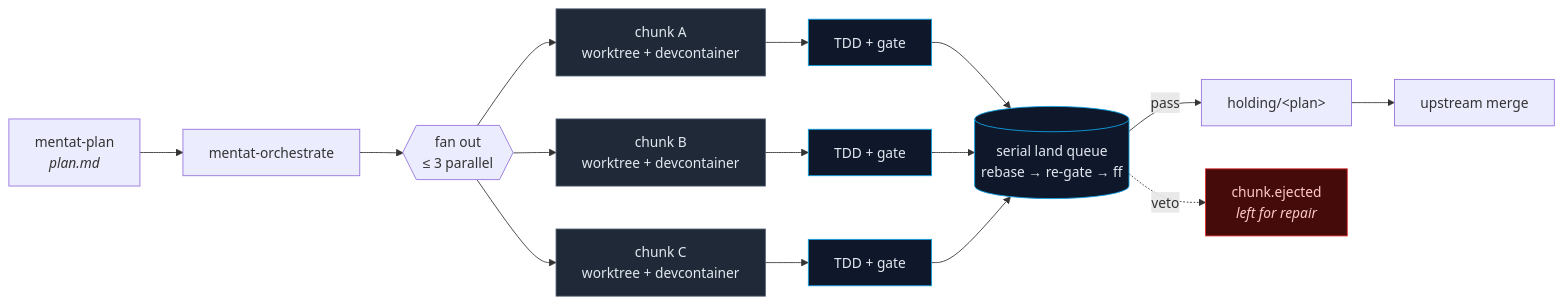
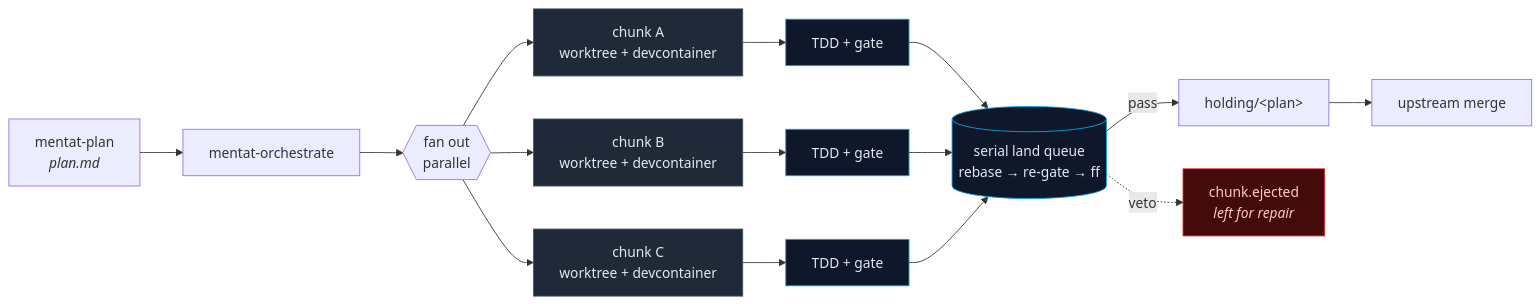
Before and after one commit to matheushenriquefs/mentat: the diagram in README.md, drawn with Mermaid. The commit also changed other lines of this file and 18 other files, not shown here.

````diff
--- a/README.md
+++ b/README.md
@@ -31,24 +31,24 @@
 ```mermaid
 flowchart LR
     P["mentat-plan<br/><i>plan.md</i>"] --> O["mentat-orchestrate"]
-    O --> F{{"fan out<br/>≤ 3 parallel"}}
+    O --> F{{"fan out<br/>parallel"}}
     F --> C1["chunk A<br/>worktree + devcontainer"]
     F --> C2["chunk B<br/>worktree + devcontainer"]
     F --> C3["chunk C<br/>worktree + devcontainer"]
     C1 --> G1["TDD + gate"]
     C2 --> G2["TDD + gate"]
     C3 --> G3["TDD + gate"]
     G1 --> Q[("serial land queue<br/>rebase → re-gate → ff")]
     G2 --> Q
     G3 --> Q
     Q -->|pass| H["holding/&lt;plan&gt;"]
     Q -.->|veto| E["chunk.ejected<br/><i>left for repair</i>"]
     H --> M["upstream merge"]
 
     classDef chunk fill:#1f2937,stroke:#475569,color:#e2e8f0
     classDef gate fill:#0f172a,stroke:#0ea5e9,color:#e2e8f0
     classDef eject fill:#450a0a,stroke:#dc2626,color:#fecaca
     class C1,C2,C3 chunk
     class G1,G2,G3,Q gate
     class E eject
 ```
````
